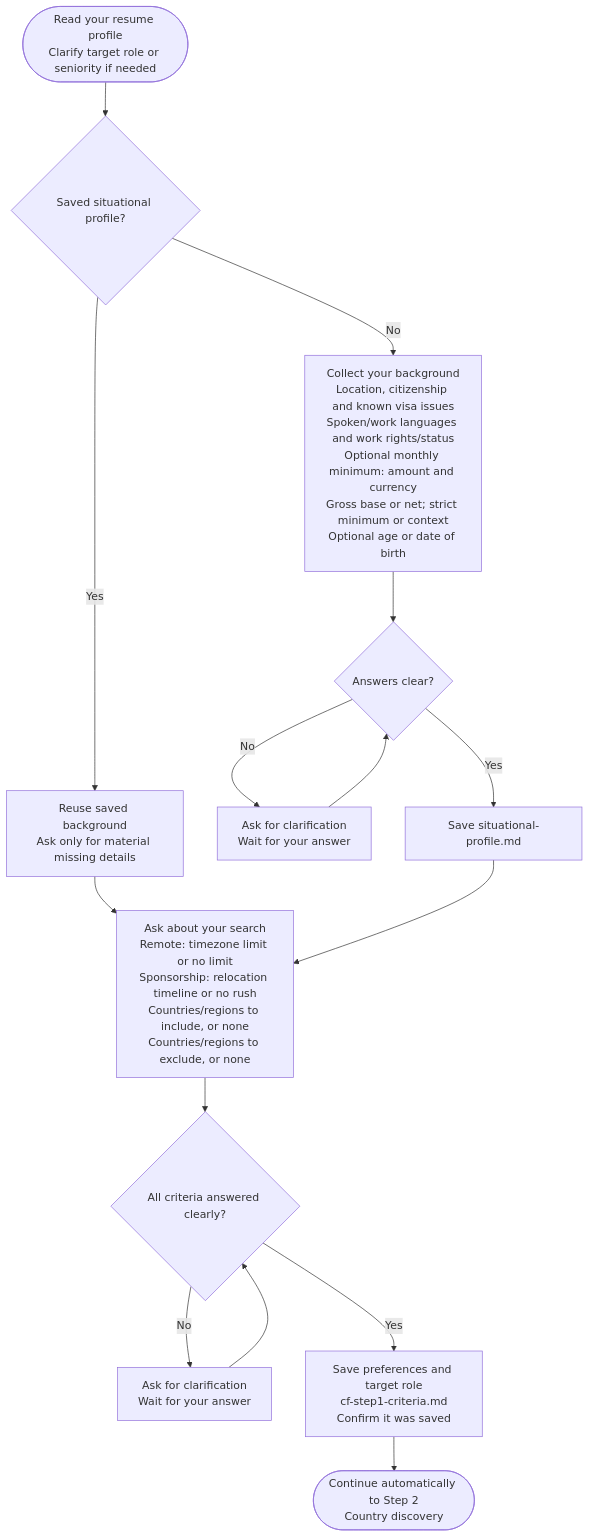
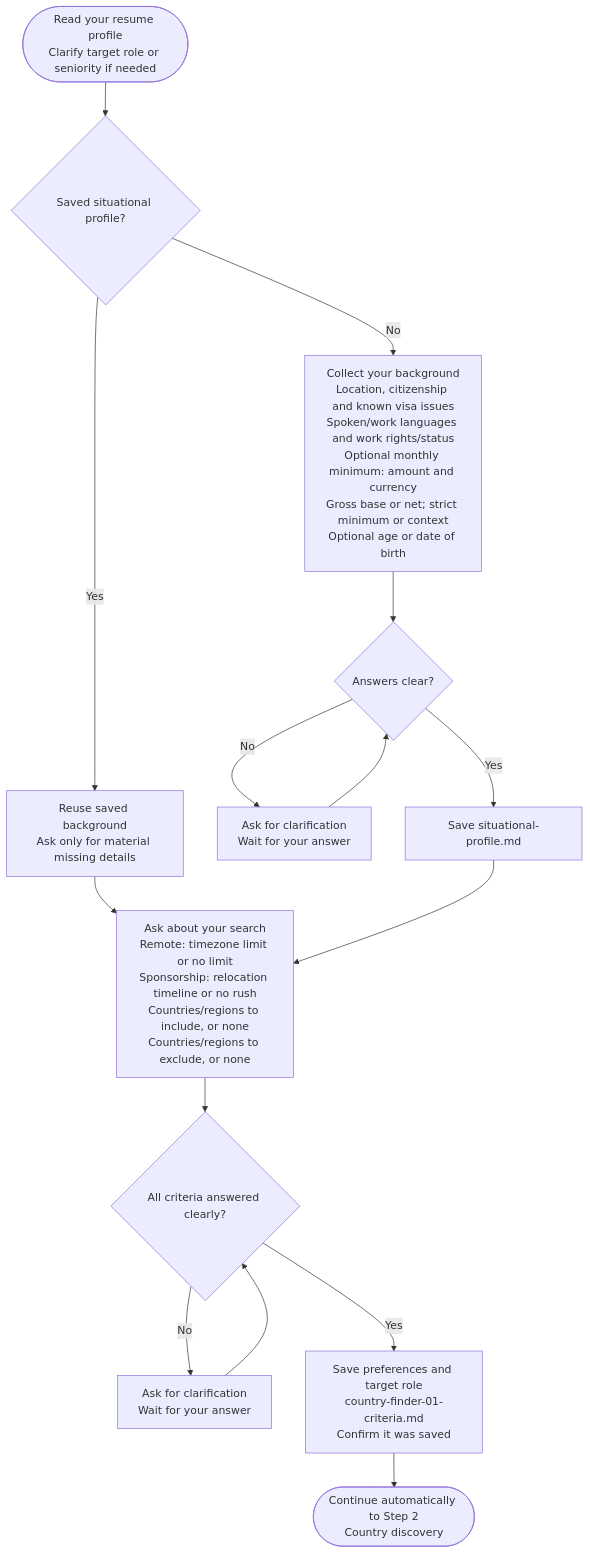
The diagram in docs/commands/country-finder/step1-criteria-intake.md (myowinthein/agent-compass), drawn with Mermaid before and after one commit. The commit also changed other lines of this file and 44 other files, not shown here.

````diff
--- a/docs/commands/country-finder/step1-criteria-intake.md
+++ b/docs/commands/country-finder/step1-criteria-intake.md
@@ -14,18 +14,18 @@
 ```mermaid
 flowchart TD
   Start(["Read your resume profile<br/>Clarify target role or seniority if needed"]) --> Existing{"Saved situational profile?"}
   Existing -->|Yes| Reuse["Reuse saved background<br/>Ask only for material missing details"]
   Existing -->|No| Background["Collect your background<br/>Location, citizenship and known visa issues<br/>Spoken/work languages and work rights/status<br/>Optional monthly minimum: amount and currency<br/>Gross base or net; strict minimum or context<br/>Optional age or date of birth"]
   Background --> BackgroundClear{"Answers clear?"}
   BackgroundClear -->|No| ClarifyBackground["Ask for clarification<br/>Wait for your answer"]
   ClarifyBackground --> BackgroundClear
   BackgroundClear -->|Yes| SaveBackground["Save situational-profile.md"]
 
   Reuse --> Criteria["Ask about your search<br/>Remote: timezone limit or no limit<br/>Sponsorship: relocation timeline or no rush<br/>Countries/regions to include, or none<br/>Countries/regions to exclude, or none"]
   SaveBackground --> Criteria
   Criteria --> CriteriaClear{"All criteria answered clearly?"}
   CriteriaClear -->|No| ClarifyCriteria["Ask for clarification<br/>Wait for your answer"]
   ClarifyCriteria --> CriteriaClear
-  CriteriaClear -->|Yes| Save["Save preferences and target role<br/>cf-step1-criteria.md<br/>Confirm it was saved"]
+  CriteriaClear -->|Yes| Save["Save preferences and target role<br/>country-finder-01-criteria.md<br/>Confirm it was saved"]
   Save --> Continue(["Continue automatically to Step 2<br/>Country discovery"])
 ```
````
